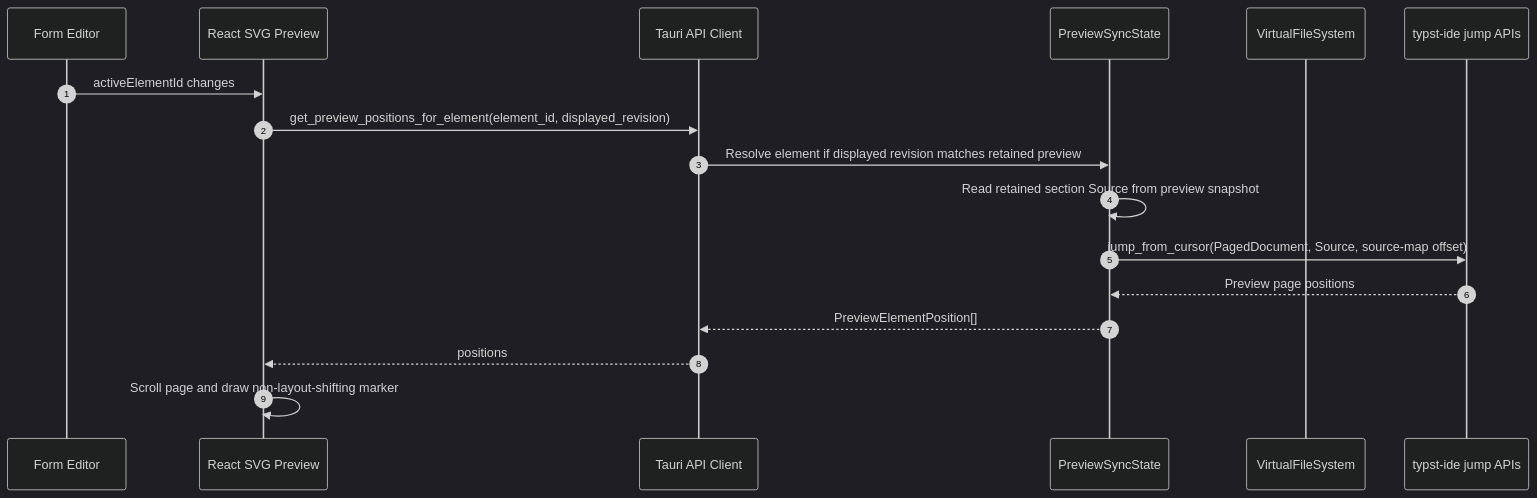
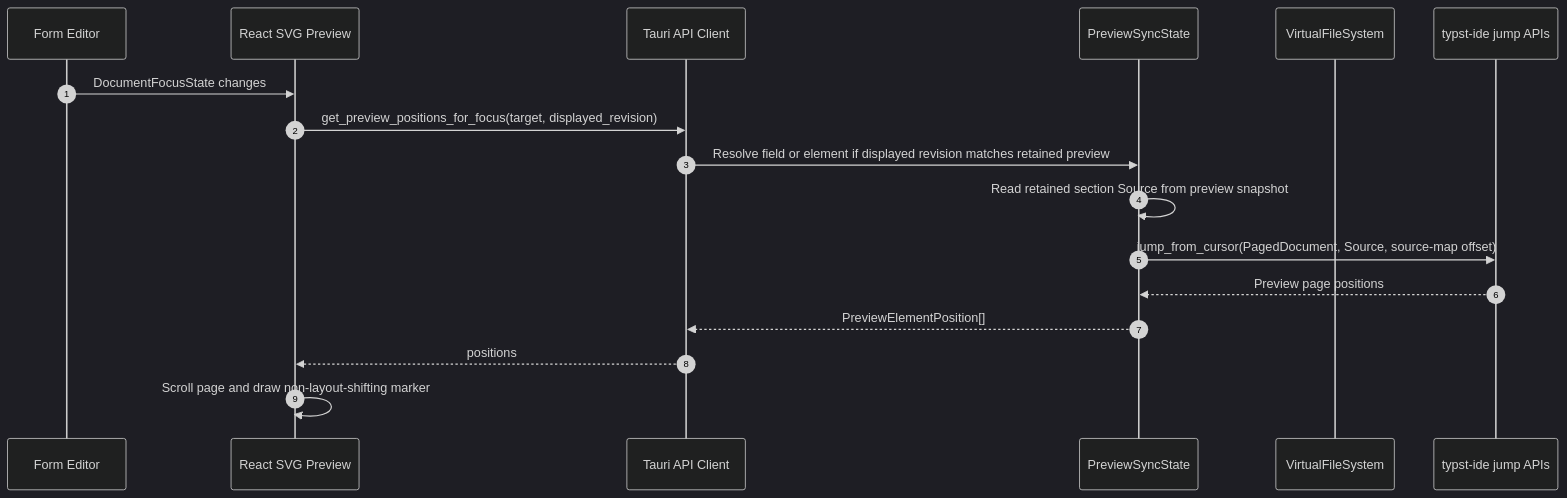
One commit to andmoreduro/ergo changed the ninth of 9 diagrams in context/sequence-diagrams.md. Above: the diagram before and after it, drawn with Mermaid (dark theme). The commit also changed other lines of this file and 36 other files, not shown here.

First line of the commit message:
feat: implement field-level bidirectional editor-preview focus sync

````diff
--- a/context/sequence-diagrams.md
+++ b/context/sequence-diagrams.md
@@ -289,21 +292,21 @@
 ```mermaid
 sequenceDiagram
     autonumber
 
     participant Editor as Form Editor
     participant Preview as React SVG Preview
     participant API as Tauri API Client
     participant Sync as PreviewSyncState
     participant VFS as VirtualFileSystem
     participant TypstIDE as typst-ide jump APIs
 
-    Editor->>Preview: activeElementId changes
-    Preview->>API: get_preview_positions_for_element(element_id, displayed_revision)
-    API->>Sync: Resolve element if displayed revision matches retained preview
+    Editor->>Preview: DocumentFocusState changes
+    Preview->>API: get_preview_positions_for_focus(target, displayed_revision)
+    API->>Sync: Resolve field or element if displayed revision matches retained preview
     Sync->>Sync: Read retained section Source from preview snapshot
     Sync->>TypstIDE: jump_from_cursor(PagedDocument, Source, source-map offset)
     TypstIDE-->>Sync: Preview page positions
     Sync-->>API: PreviewElementPosition[]
     API-->>Preview: positions
     Preview->>Preview: Scroll page and draw non-layout-shifting marker
 ```
````
